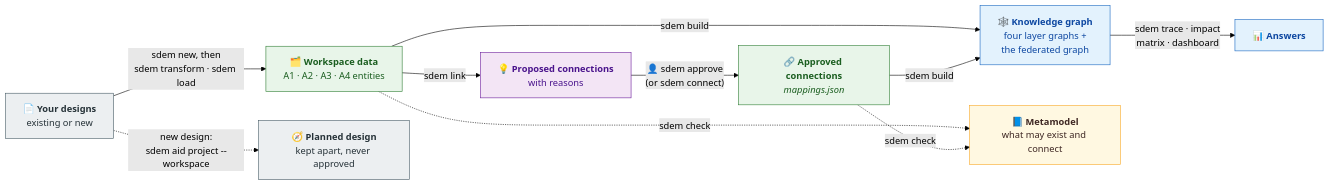
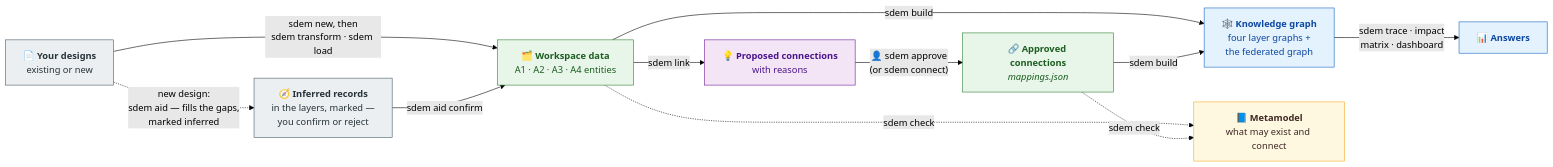
The fourth of 9 diagrams in README.md (taumoeps/bian-sdem-framework), drawn with Mermaid (forest theme) before and after one commit. The commit also changed other lines of this file and 223 other files, not shown here.

````diff
--- a/README.md
+++ b/README.md
@@ -104,30 +104,31 @@
 ```mermaid
 flowchart LR
     IN["📄 <b>Your designs</b><br/>existing or new"]
     D["🗂️ <b>Workspace data</b><br/>A1 · A2 · A3 · A4 entities"]
     P["💡 <b>Proposed connections</b><br/>with reasons"]
     C["🔗 <b>Approved connections</b><br/><i>mappings.json</i>"]
     K["🕸️ <b>Knowledge graph</b><br/>four layer graphs +<br/>the federated graph"]
     A["📊 <b>Answers</b>"]
-    PL["🧭 <b>Planned design</b><br/>kept apart, never approved"]
+    PL["🧭 <b>Inferred records</b><br/>in the layers, marked —<br/>you confirm or reject"]
     MM["📘 <b>Metamodel</b><br/>what may exist and connect"]
     IN -->|"sdem new, then<br/>sdem transform · sdem load"| D
-    IN -.->|"new design:<br/>sdem aid project --workspace"| PL
+    IN -.->|"new design:<br/>sdem aid — fills the gaps,<br/>marked inferred"| PL
+    PL -->|"sdem aid confirm"| D
     D -->|"sdem link"| P
     P -->|"👤 sdem approve<br/>(or sdem connect)"| C
     D -->|"sdem build"| K
     C -->|"sdem build"| K
     K -->|"sdem trace · impact<br/>matrix · dashboard"| A
     D -.->|"sdem check"| MM
     C -.->|"sdem check"| MM
     classDef r fill:#FFF8E1,stroke:#F9A825,color:#3E2723
     classDef d fill:#E8F5E9,stroke:#2E7D32,color:#1B5E20
     classDef g fill:#E3F2FD,stroke:#1565C0,color:#0D47A1
     classDef p fill:#F3E5F5,stroke:#6A1B9A,color:#4A148C
     classDef o fill:#ECEFF1,stroke:#455A64,color:#263238
     class MM r
     class D,C d
     class K,A g
     class P p
     class IN,PL o
 ```
````
